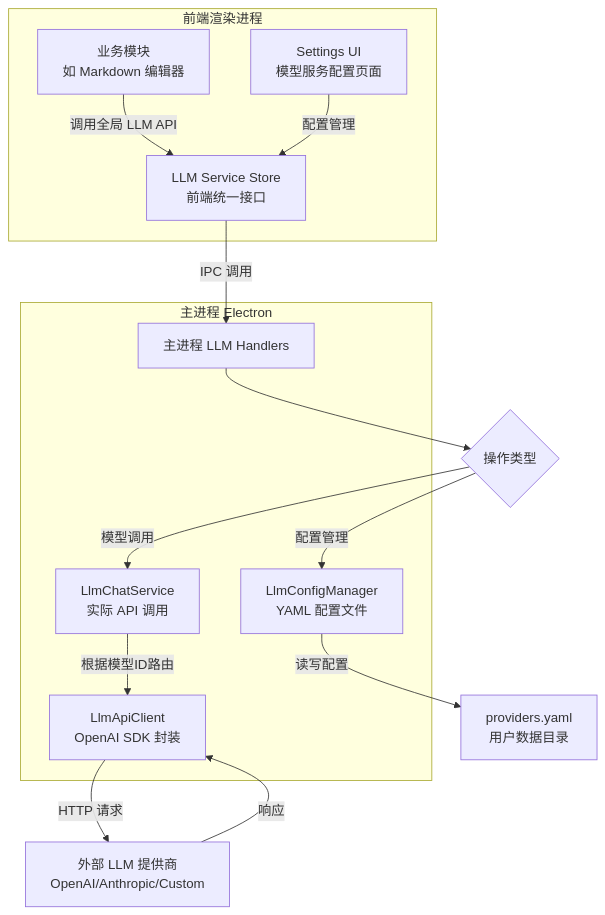
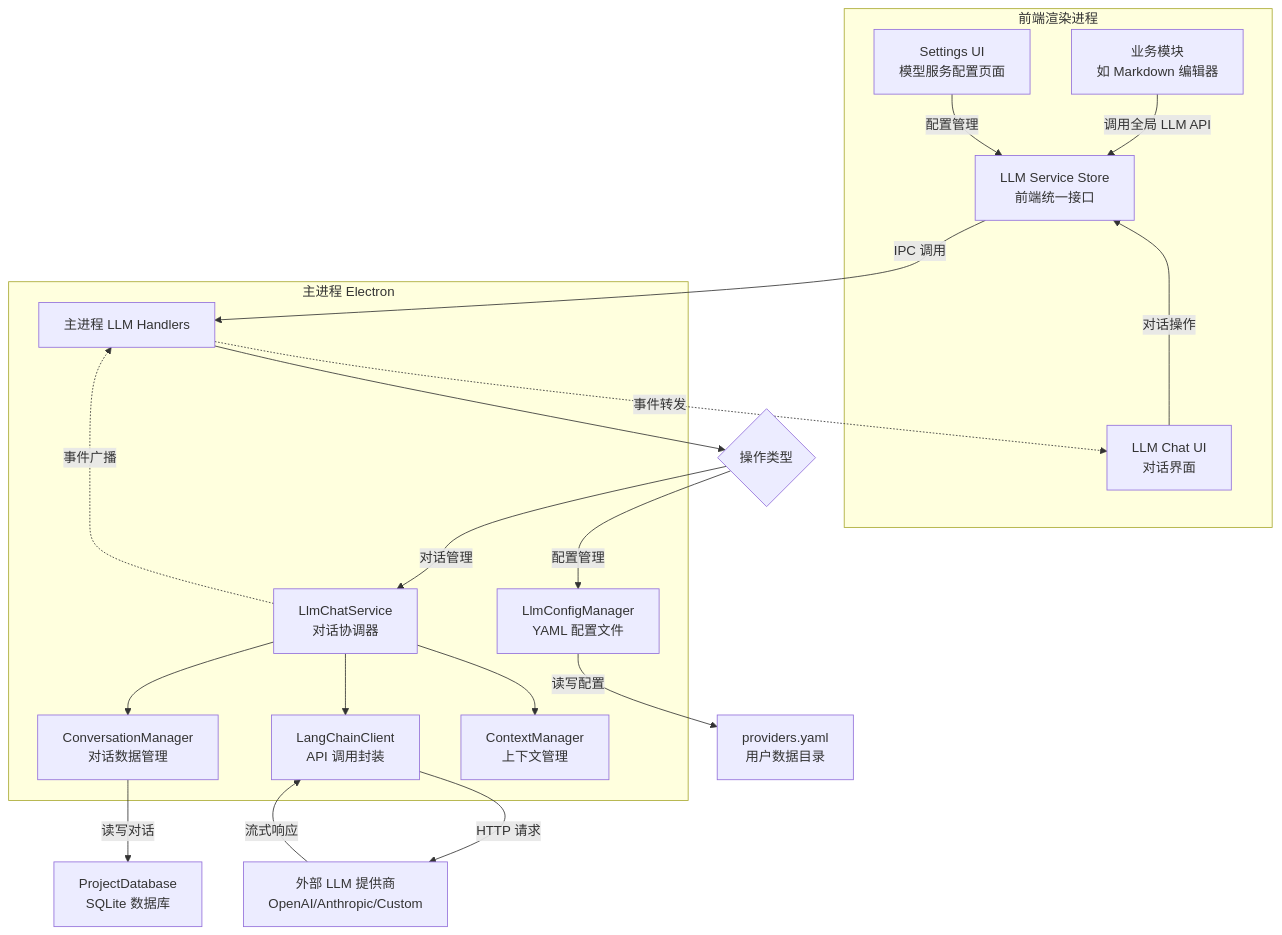
One commit to zhaowendao2005/Nimbria-NovelStudio changed the first of 2 diagrams in Document/功能与架构设计/Ai 模型服务专项/AI模型服务与调用系统设计文档.md. Above: the diagram before and after it, drawn with Mermaid. The commit also changed other lines of this file and 6 other files, not shown here.

````diff
--- a/Document/功能与架构设计/Ai 模型服务专项/AI模型服务与调用系统设计文档.md
+++ b/Document/功能与架构设计/Ai 模型服务专项/AI模型服务与调用系统设计文档.md
@@ -29,27 +31,36 @@
 ```mermaid
 graph TD
     A[业务模块<br/>如 Markdown 编辑器] -->|调用全局 LLM API| B[LLM Service Store<br/>前端统一接口]
     B -->|IPC 调用| C[主进程 LLM Handlers]
     C --> D{操作类型}
     D -->|配置管理| E[LlmConfigManager<br/>YAML 配置文件]
-    D -->|模型调用| F[LlmChatService<br/>实际 API 调用]
-    F -->|根据模型ID路由| G[LlmApiClient<br/>OpenAI SDK 封装]
-    G -->|HTTP 请求| H[外部 LLM 提供商<br/>OpenAI/Anthropic/Custom]
-    E -->|读写配置| I[providers.yaml<br/>用户数据目录]
+    D -->|对话管理| F[LlmChatService<br/>对话协调器]
+    F --> G[ConversationManager<br/>对话数据管理]
+    F --> H[LangChainClient<br/>API 调用封装]
+    F --> I[ContextManager<br/>上下文管理]
+    G -->|读写对话| J[ProjectDatabase<br/>SQLite 数据库]
+    H -->|HTTP 请求| K[外部 LLM 提供商<br/>OpenAI/Anthropic/Custom]
+    E -->|读写配置| L[providers.yaml<br/>用户数据目录]
     
     subgraph Frontend[前端渲染进程]
         A
         B
-        J[Settings UI<br/>模型服务配置页面]
+        M[LLM Chat UI<br/>对话界面]
+        N[Settings UI<br/>模型服务配置页面]
     end
     
     subgraph MainProcess[主进程 Electron]
         C
         E
         F
         G
+        H
+        I
     end
     
-    J -->|配置管理| B
-    H -->|响应| G
+    M -->|对话操作| B
+    N -->|配置管理| B
+    K -->|流式响应| H
+    F -.->|事件广播| C
+    C -.->|事件转发| M
 ```
````
